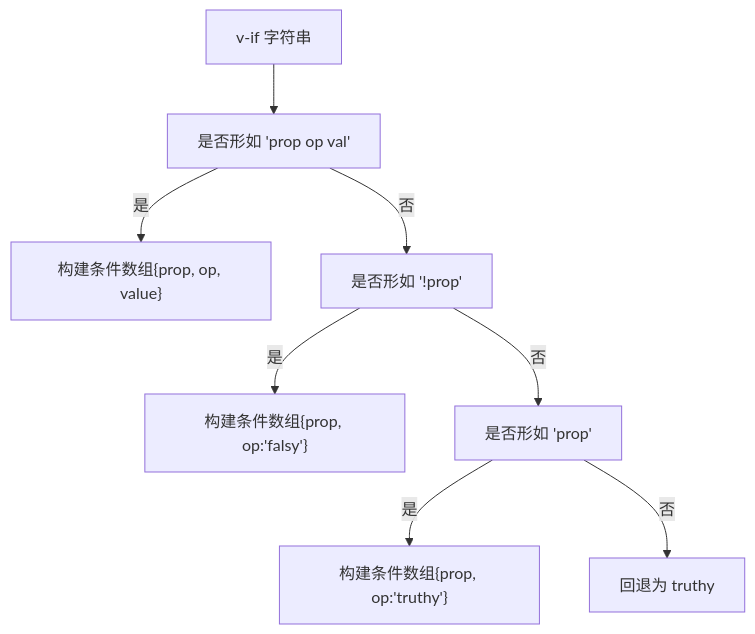
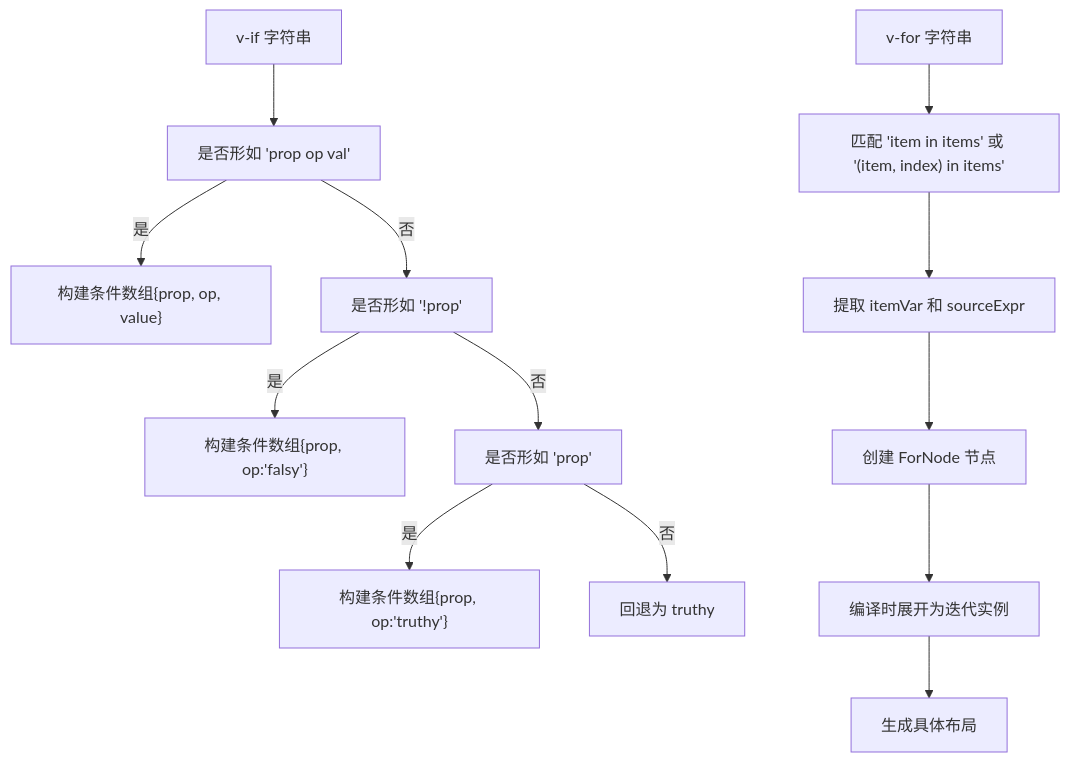
One commit to xingye00186/PUI changed the fifth of 8 diagrams in .qoder/repowiki/zh/content/SFC编译器技术/模板解析器.md. Above: the diagram before and after it, drawn with Mermaid. The commit also changed other lines of this file and 10 other files, not shown here.

````diff
--- a/.qoder/repowiki/zh/content/SFC编译器技术/模板解析器.md
+++ b/.qoder/repowiki/zh/content/SFC编译器技术/模板解析器.md
@@ -285,10 +316,15 @@
 ```mermaid
 flowchart TD
 VIfStart["v-if 字符串"] --> CheckEq["是否形如 'prop op val'"]
 CheckEq --> |是| BuildEq["构建条件数组{prop, op, value}"]
 CheckEq --> |否| CheckNot["是否形如 '!prop'"]
 CheckNot --> |是| BuildNot["构建条件数组{prop, op:'falsy'}"]
 CheckNot --> |否| CheckSimple["是否形如 'prop'"]
 CheckSimple --> |是| BuildTru["构建条件数组{prop, op:'truthy'}"]
 CheckSimple --> |否| Fallback["回退为 truthy"]
+VForStart["v-for 字符串"] --> CheckSyntax["匹配 'item in items' 或 '(item, index) in items'"]
+CheckSyntax --> ExtractVars["提取 itemVar 和 sourceExpr"]
+ExtractVars --> CreateForNode["创建 ForNode 节点"]
+CreateForNode --> ExpandForNode["编译时展开为迭代实例"]
+ExpandForNode --> GenerateLayout["生成具体布局"]
 ```
````
